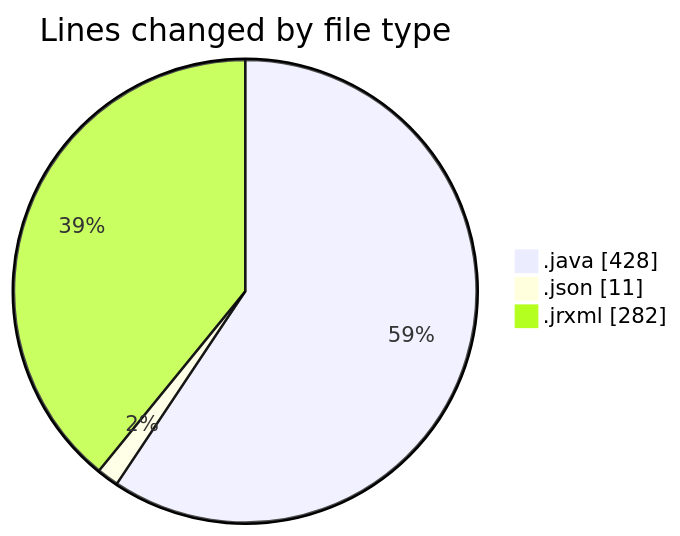
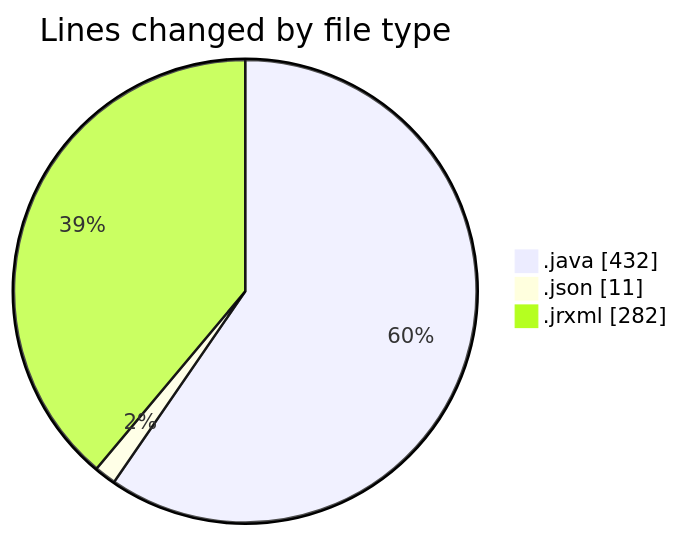
Before and after one commit to ricardozamudiocil/code-tracking: the first of 2 diagrams in 2026-09-16/cilreports__workspace_/README.md, drawn with Mermaid. The commit also changed other lines of this file and 1 other file, not shown here.

````diff
--- a/2026-09-16/cilreports__workspace_/README.md
+++ b/2026-09-16/cilreports__workspace_/README.md
@@ -23,7 +23,7 @@
 ```mermaid
 pie showData
 title Lines changed by file type
-".java" : 428
+".java" : 432
 ".json" : 11
 ".jrxml" : 282
 ```
````
